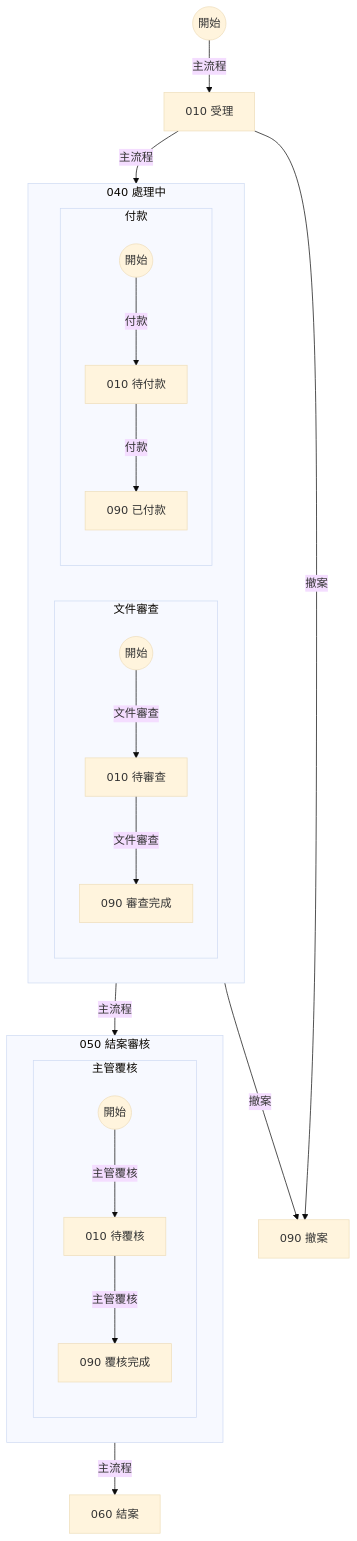
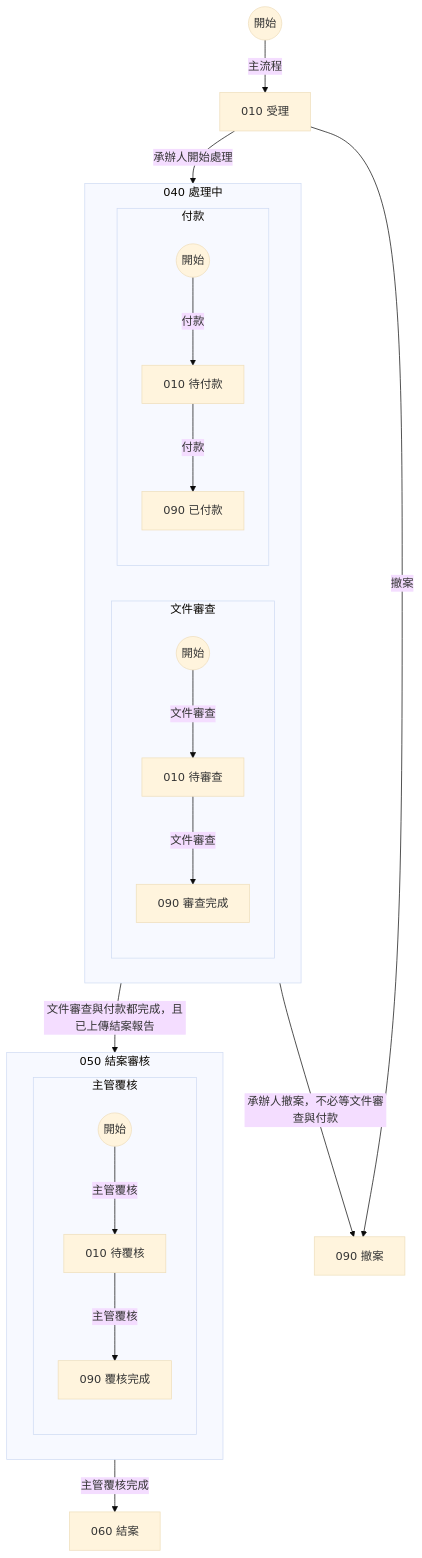
One commit to jonny50905/MCPSample changed the first of 4 diagrams in docs/design/spec-schema-framework/examples/gate/input/status-CASE_STATUS.md. Above: the diagram before and after it, drawn with Mermaid (base theme). The commit also changed other lines of this file and 42 other files, not shown here.

First line of the commit message:
docs(design): issue #37 不規定 Mermaid 畫法——狀態圖改由三位讀者解讀、外環逐行檢查並多數決（D24）

````diff
--- a/docs/design/spec-schema-framework/examples/gate/input/status-CASE_STATUS.md
+++ b/docs/design/spec-schema-framework/examples/gate/input/status-CASE_STATUS.md
@@ -7,25 +7,25 @@
 ```mermaid
 flowchart TD
     subgraph M040 [040 處理中]
         subgraph DOCS [文件審查]
             DS((開始)) -->|文件審查| D010["010 待審查"]
             D010 -->|文件審查| D090["090 審查完成"]
         end
         subgraph PAYS [付款]
             PS((開始)) -->|付款| P010["010 待付款"]
             P010 -->|付款| P090["090 已付款"]
         end
     end
     subgraph M050 [050 結案審核]
         subgraph APVS [主管覆核]
             AS((開始)) -->|主管覆核| A010["010 待覆核"]
             A010 -->|主管覆核| A090["090 覆核完成"]
         end
     end
     START((開始)) -->|主流程| N010["010 受理"]
-    N010 -->|主流程| M040
-    M040 -->|主流程| M050
-    M050 -->|主流程| N060["060 結案"]
+    N010 -->|承辦人開始處理| M040
+    M040 -->|文件審查與付款都完成，且已上傳結案報告| M050
+    M050 -->|主管覆核完成| N060["060 結案"]
     N010 -->|撤案| N090["090 撤案"]
-    M040 -->|撤案| N090
+    M040 -->|承辦人撤案，不必等文件審查與付款| N090
 ```
````
